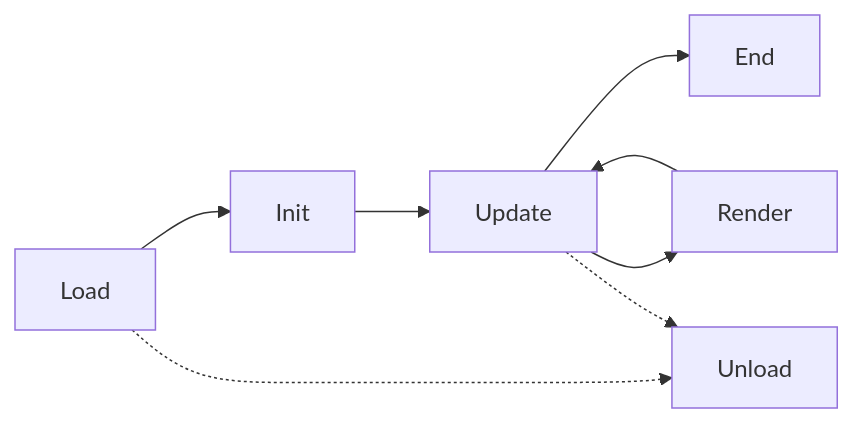
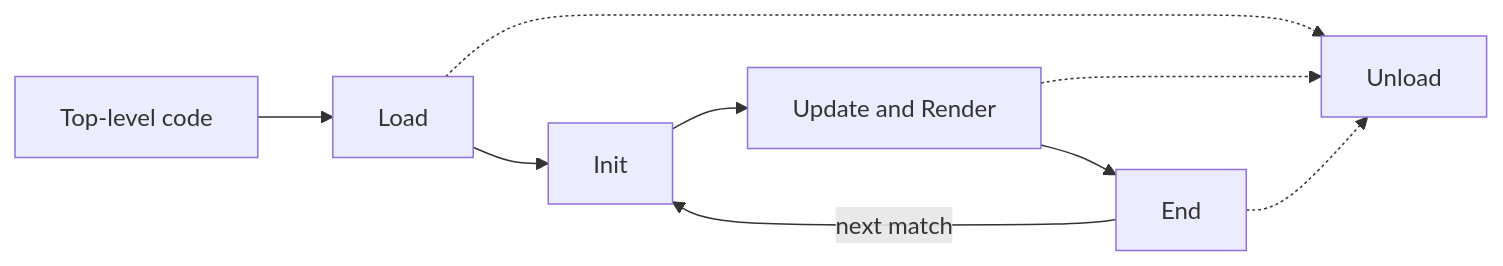
Before and after one commit to aoe2control/aoe2control.github.io: the diagram in docs/lifecycle.md, drawn with Mermaid. The commit also changed other lines of this file and 26 other files, not shown here.

````diff
--- a/docs/lifecycle.md
+++ b/docs/lifecycle.md
@@ -55,10 +65,11 @@
 ```mermaid
 flowchart LR
-    L["Load"] --> I["Init"]
-    I --> U["Update"]
-    U --> R["Render"]
-    R --> U
+    F["Top-level code"] --> L["Load"]
+    L --> I["Init"]
+    I --> U["Update and Render"]
     U --> E["End"]
+    E -->|next match| I
     L -.-> Un["Unload"]
     U -.-> Un
+    E -.-> Un
 ```
````
